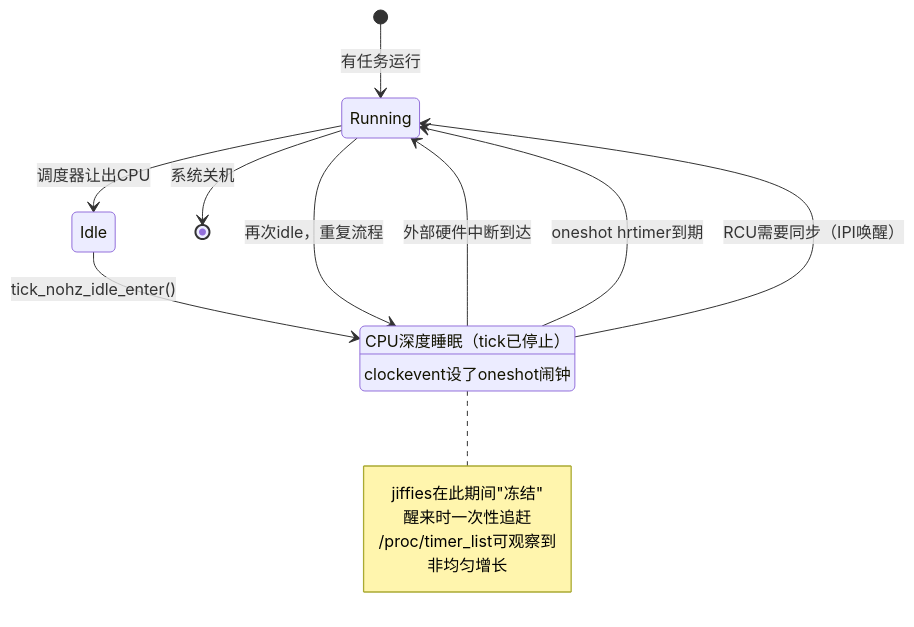
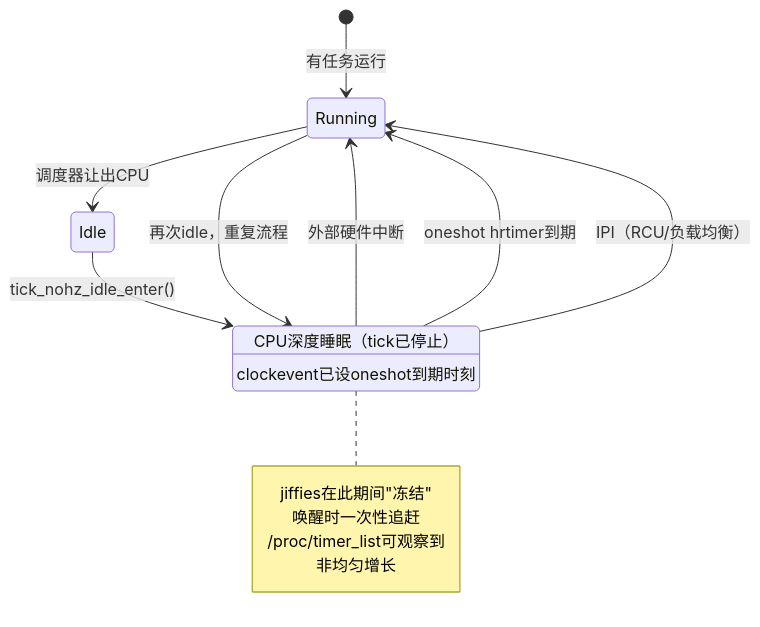
Before and after one commit to xiaohong0925/Embedded_Knowledge_System_V2026: the diagram in docs/02-核心机制深度解析/第10章 中断与时间/10.6.2_NO_HZ_IDLE模式.md, drawn with Mermaid. The commit also changed other lines of this file and 65 other files, not shown here.

````diff
--- a/docs/02-核心机制深度解析/第10章 中断与时间/10.6.2_NO_HZ_IDLE模式.md
+++ b/docs/02-核心机制深度解析/第10章 中断与时间/10.6.2_NO_HZ_IDLE模式.md
@@ -167,23 +132,22 @@
 ```mermaid
 stateDiagram-v2
     [*] --> Running : 有任务运行
     Running --> Idle : 调度器让出CPU
     Idle --> TickStopped : tick_nohz_idle_enter()
-    
+
     TickStopped : CPU深度睡眠（tick已停止）
-    TickStopped : clockevent设了oneshot闹钟
-    
-    TickStopped --> Running : 外部硬件中断到达
+    TickStopped : clockevent已设oneshot到期时刻
+
+    TickStopped --> Running : 外部硬件中断
     TickStopped --> Running : oneshot hrtimer到期
-    TickStopped --> Running : RCU需要同步（IPI唤醒）
-    
+    TickStopped --> Running : IPI（RCU/负载均衡）
+
     Running --> TickStopped : 再次idle，重复流程
-    Running --> [*] : 系统关机
 
     note right of TickStopped
         jiffies在此期间"冻结"
-        醒来时一次性追赶
+        唤醒时一次性追赶
         /proc/timer_list可观察到
         非均匀增长
     end note
 ```
````
